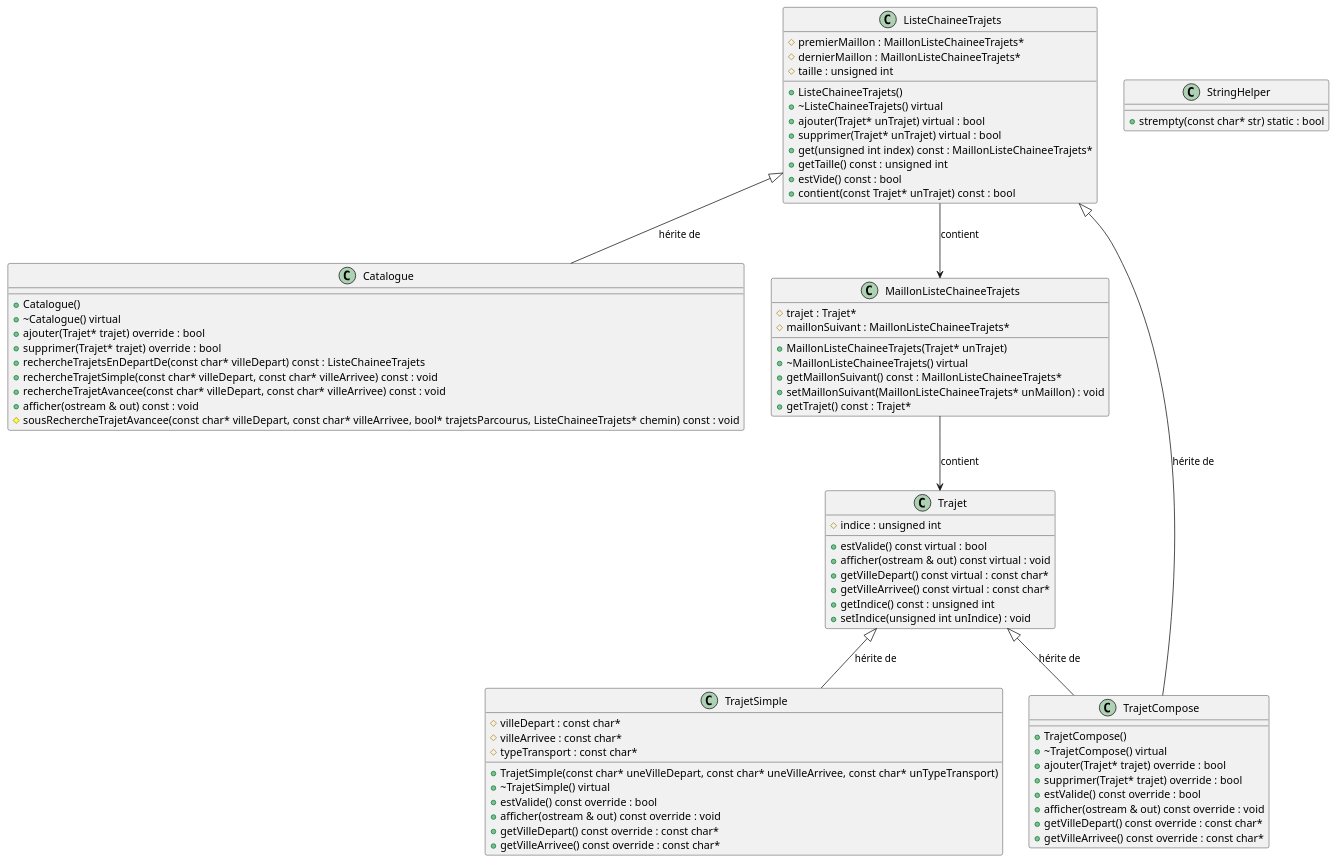
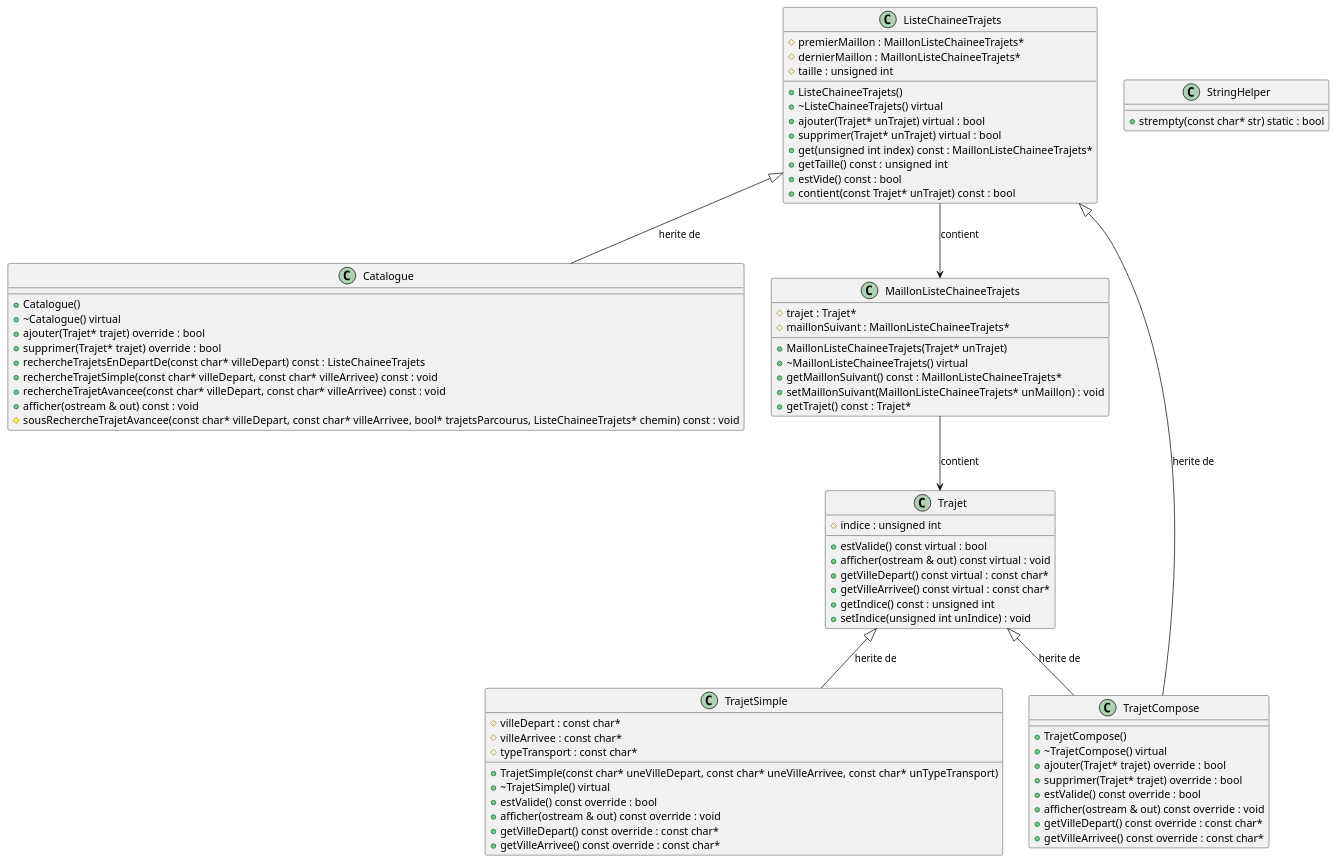
One commit to LogarithmeNeper/CPP_TP2 changed the diagram in doc/class-diagram.pu. Above: the diagram before and after it, drawn with PlantUML. The commit also changed 46 other files, not shown here.

```diff
--- a/doc/class-diagram.pu
+++ b/doc/class-diagram.pu
@@ -1,88 +1,88 @@
 @startuml
 
 class Catalogue {
   +Catalogue()
   +~Catalogue() virtual
   +ajouter(Trajet* trajet) override : bool
   +supprimer(Trajet* trajet) override : bool
   +rechercheTrajetsEnDepartDe(const char* villeDepart) const : ListeChaineeTrajets
   +rechercheTrajetSimple(const char* villeDepart, const char* villeArrivee) const : void
   +rechercheTrajetAvancee(const char* villeDepart, const char* villeArrivee) const : void
   +afficher(ostream & out) const : void
   #sousRechercheTrajetAvancee(const char* villeDepart, const char* villeArrivee, bool* trajetsParcourus, ListeChaineeTrajets* chemin) const : void
 }
 
 class ListeChaineeTrajets {
   #premierMaillon : MaillonListeChaineeTrajets*
   #dernierMaillon : MaillonListeChaineeTrajets*
   #taille : unsigned int
   +ListeChaineeTrajets()
   +~ListeChaineeTrajets() virtual
   +ajouter(Trajet* unTrajet) virtual : bool
   +supprimer(Trajet* unTrajet) virtual : bool
   +get(unsigned int index) const : MaillonListeChaineeTrajets*
   +getTaille() const : unsigned int
   +estVide() const : bool
   +contient(const Trajet* unTrajet) const : bool
 }
 
 class MaillonListeChaineeTrajets {
   #trajet : Trajet*
   #maillonSuivant : MaillonListeChaineeTrajets*
   +MaillonListeChaineeTrajets(Trajet* unTrajet)
   +~MaillonListeChaineeTrajets() virtual
   +getMaillonSuivant() const : MaillonListeChaineeTrajets*
   +setMaillonSuivant(MaillonListeChaineeTrajets* unMaillon) : void
   +getTrajet() const : Trajet*
 }
 
 class StringHelper {
   +strempty(const char* str) static : bool
 }
 
 class Trajet {
   +estValide() const virtual : bool
   +afficher(ostream & out) const virtual : void
   +getVilleDepart() const virtual : const char*
   +getVilleArrivee() const virtual : const char*
   +getIndice() const : unsigned int
   +setIndice(unsigned int unIndice) : void
   #indice : unsigned int
 }
 
 class TrajetCompose  {
   +TrajetCompose()
   +~TrajetCompose() virtual
   +ajouter(Trajet* trajet) override : bool
   +supprimer(Trajet* trajet) override : bool
   +estValide() const override : bool
   +afficher(ostream & out) const override : void
   +getVilleDepart() const override : const char*
   +getVilleArrivee() const override : const char*
 }
 
 class TrajetSimple {
   #villeDepart : const char*
   #villeArrivee : const char*
   #typeTransport : const char*
   +TrajetSimple(const char* uneVilleDepart, const char* uneVilleArrivee, const char* unTypeTransport)
   +~TrajetSimple() virtual
   +estValide() const override : bool
   +afficher(ostream & out) const override : void
   +getVilleDepart() const override : const char*
   +getVilleArrivee() const override : const char*
 }
 
-ListeChaineeTrajets <|-- Catalogue : "hérite de"
+ListeChaineeTrajets <|-- Catalogue : "herite de"
 
-Trajet <|-- TrajetSimple : "hérite de"
+Trajet <|-- TrajetSimple : "herite de"
 
-Trajet <|-- TrajetCompose : "hérite de"
+Trajet <|-- TrajetCompose : "herite de"
 
-ListeChaineeTrajets <|-- TrajetCompose : "hérite de"
+ListeChaineeTrajets <|-- TrajetCompose : "herite de"
 
 ListeChaineeTrajets --> MaillonListeChaineeTrajets : "contient"
 
 MaillonListeChaineeTrajets --> Trajet : "contient"
 
 @enduml
```
